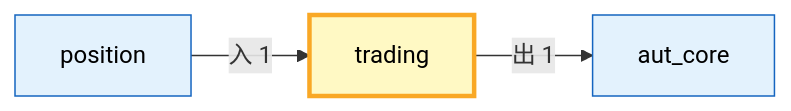
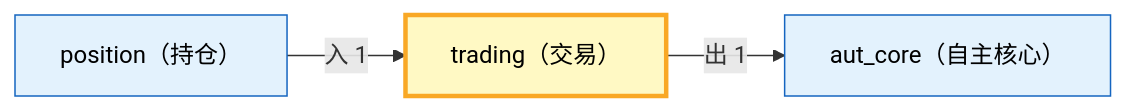
One commit to xuanFelixVan/ZephyrAlpha changed the second of 2 diagrams in docs/02_enterprise_architecture/06_decision_architecture/19_decision_l3_trading.md. Above: the diagram before and after it, drawn with Mermaid. The commit also changed other lines of this file and 22 other files, not shown here.

First line of the commit message:
docs(decision_arch): 双语标题+跨域图+索引表头跳转链接

````diff
--- a/docs/02_enterprise_architecture/06_decision_architecture/19_decision_l3_trading.md
+++ b/docs/02_enterprise_architecture/06_decision_architecture/19_decision_l3_trading.md
@@ -125,11 +125,11 @@
 ```mermaid
 flowchart LR
-    SELF["trading"]:::selfDomain
-    EXT_aut_core["aut_core"]:::extDomain
+    SELF["trading（交易）"]:::selfDomain
+    EXT_aut_core["aut_core（自主核心）"]:::extDomain
     SELF -->|出 1| EXT_aut_core
-    EXT_position["position"]:::extDomain
+    EXT_position["position（持仓）"]:::extDomain
     EXT_position -->|入 1| SELF
 
     classDef selfDomain fill:#fff9c4,stroke:#f9a825,stroke-width:3px,color:#000
     classDef extDomain fill:#e3f2fd,stroke:#1565c0,stroke-width:1px,color:#000
 ```
````
